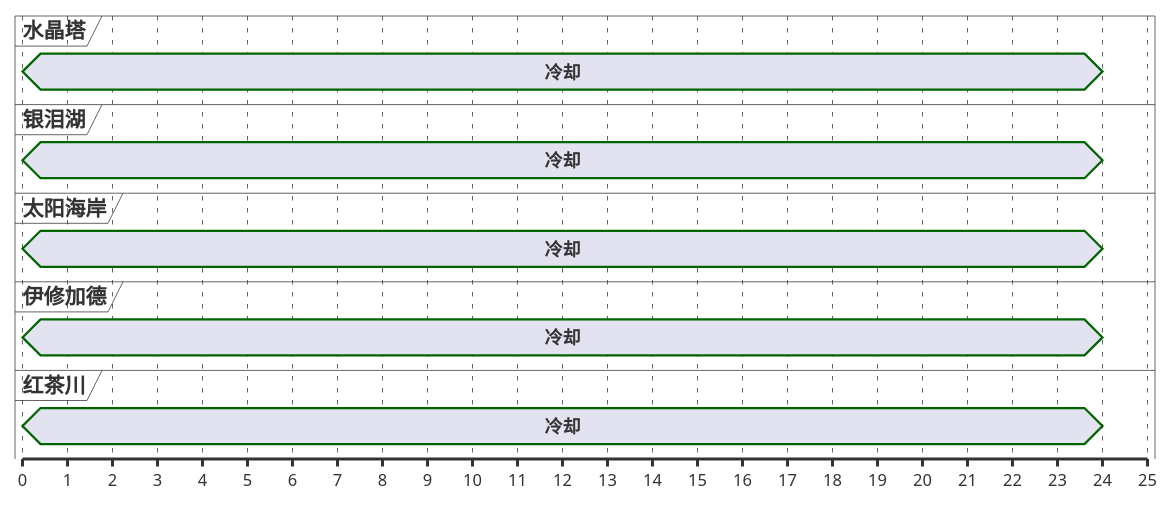
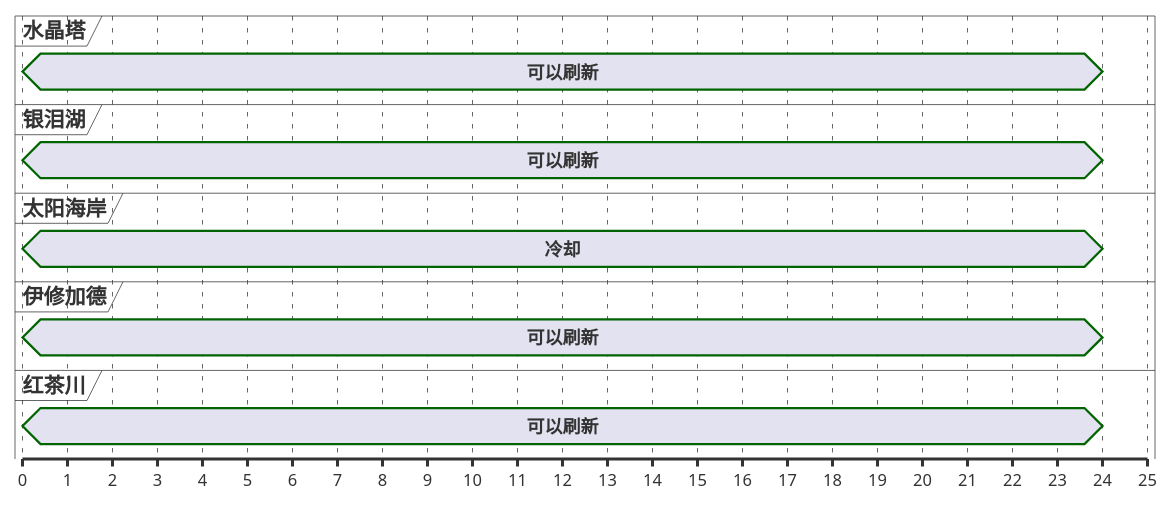
One commit to Eroleice/doc-pi changed the fourth of 13 diagrams in ffxiv/hunt/2.0/Laideronnette.md. Above: the diagram before and after it, drawn with PlantUML. The commit also changed other lines of this file and 38 other files, not shown here.

````diff
--- a/ffxiv/hunt/2.0/Laideronnette.md
+++ b/ffxiv/hunt/2.0/Laideronnette.md
@@ -178,32 +199,36 @@
 ```plantuml
 @startuml
 scale 1 as 30 pixels
 
 concise 水晶塔
 concise 银泪湖
 concise 太阳海岸
 concise 伊修加德
 concise 红茶川
 
 @水晶塔
-0 is 冷却
+0 is 可以刷新
+0 is 强制刷新
+24 is {hidden}
+
+@红茶川
+0 is 可以刷新
+0 is 强制刷新
+24 is {hidden}
+
+@伊修加德
+0 is 可以刷新
+0 is 强制刷新
+24 is {hidden}
+
+@银泪湖
+0 is 可以刷新
+0 is 强制刷新
 24 is {hidden}
 
 @太阳海岸
 0 is 冷却
 24 is {hidden}
 
-@伊修加德
-0 is 冷却
-24 is {hidden}
-
-@银泪湖
-0 is 冷却
-24 is {hidden}
-
-@红茶川
-0 is 冷却
-24 is {hidden}
-
 @enduml
 ```
````
